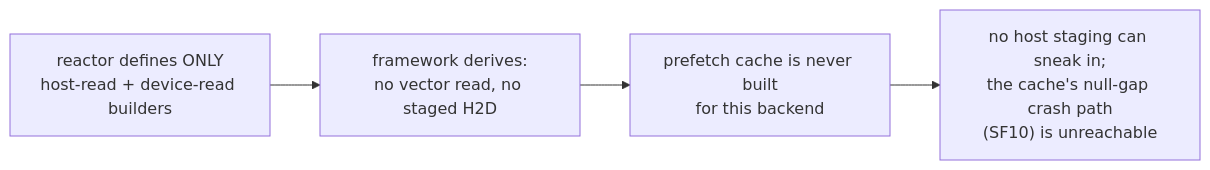
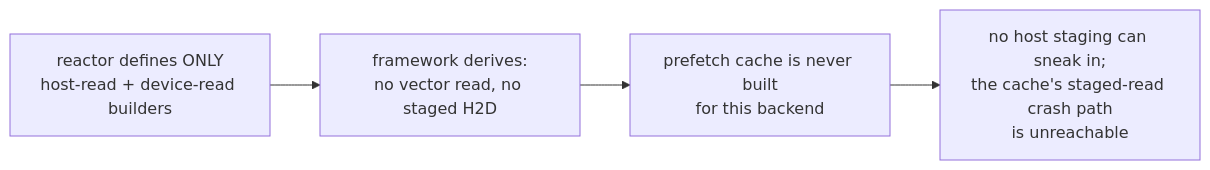
Before and after one commit to sirius-db/sirius: the third of 3 diagrams in experimental/s3-rdma-transport-design.md, drawn with Mermaid. The commit also changed other lines of this file and 1 other file, not shown here.

````diff
--- a/experimental/s3-rdma-transport-design.md
+++ b/experimental/s3-rdma-transport-design.md
@@ -113,6 +161,6 @@
 ```mermaid
 flowchart LR
   A["reactor defines ONLY<br/>host-read + device-read builders"] --> B["framework derives:<br/>no vector read, no staged H2D"]
   B --> C["prefetch cache is never built<br/>for this backend"]
-  C --> D["no host staging can sneak in;<br/>the cache's null-gap crash path<br/>(SF10) is unreachable"]
+  C --> D["no host staging can sneak in;<br/>the cache's staged-read crash path<br/>is unreachable"]
 ```
````
